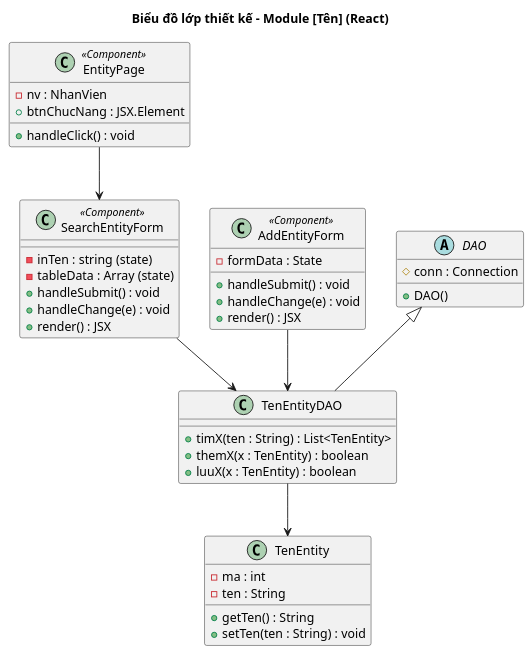
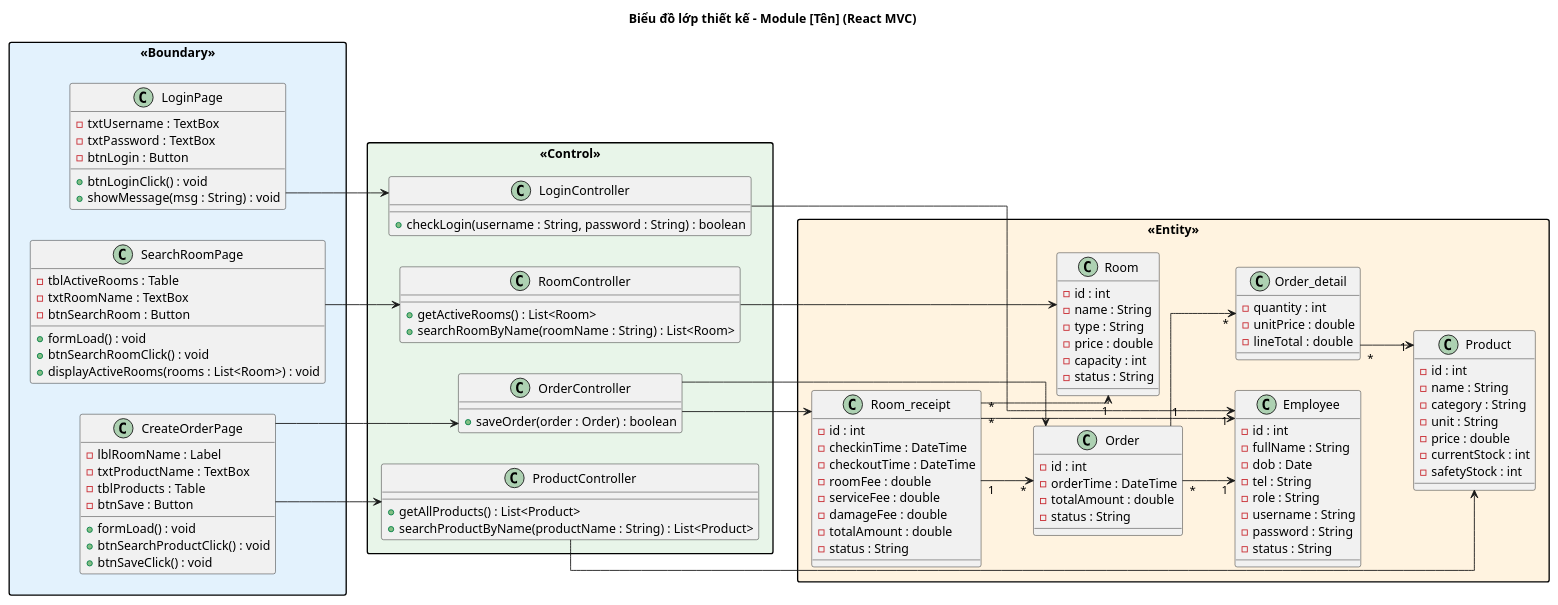
The second of 2 diagrams in .claude/skills/cnpm/references/iii.3.2_sodo_lop_thietke.md (thanhtrnnn/cnpm), drawn with PlantUML before and after one commit. The commit also changed other lines of this file and 15 other files, not shown here.

First line of the commit message:
fix: PlantUML theme v2 — hide C/A icons, tighten spacing, add layout rules

````diff
--- a/.claude/skills/cnpm/references/iii.3.2_sodo_lop_thietke.md
+++ b/.claude/skills/cnpm/references/iii.3.2_sodo_lop_thietke.md
@@ -87,50 +166,127 @@
 ```plantuml
 @startuml
-title Biểu đồ lớp thiết kế – Module [Tên] (React)
+left to right direction
+skinparam linetype ortho
+skinparam packageStyle rectangle
+skinparam packageMaxWidth 800
+title Biểu đồ lớp thiết kế – Module [Tên] (React MVC)
 
-class EntityPage <<Component>> {
-  -nv : NhanVien
-  +btnChucNang : JSX.Element
-  +handleClick() : void
+package "<<Boundary>>" #E3F2FD {
+  together {
+    class LoginPage {
+      -txtUsername : TextBox
+      -txtPassword : TextBox
+      -btnLogin : Button
+      +btnLoginClick() : void
+      +showMessage(msg : String) : void
+    }
+    class SearchRoomPage {
+      -tblActiveRooms : Table
+      -txtRoomName : TextBox
+      -btnSearchRoom : Button
+      +formLoad() : void
+      +btnSearchRoomClick() : void
+      +displayActiveRooms(rooms : List<Room>) : void
+    }
+    class CreateOrderPage {
+      -lblRoomName : Label
+      -txtProductName : TextBox
+      -tblProducts : Table
+      -btnSave : Button
+      +formLoad() : void
+      +btnSearchProductClick() : void
+      +btnSaveClick() : void
+    }
+  }
 }
 
-class SearchEntityForm <<Component>> {
-  -inTen : string (state)
-  -tableData : Array (state)
-  +handleSubmit() : void
-  +handleChange(e) : void
-  +render() : JSX
+package "<<Control>>" #E8F5E9 {
+  class LoginController {
+    +checkLogin(username : String, password : String) : boolean
+  }
+  class RoomController {
+    +getActiveRooms() : List<Room>
+    +searchRoomByName(roomName : String) : List<Room>
+  }
+  class ProductController {
+    +getAllProducts() : List<Product>
+    +searchProductByName(productName : String) : List<Product>
+  }
+  class OrderController {
+    +saveOrder(order : Order) : boolean
+  }
 }
 
-class AddEntityForm <<Component>> {
-  -formData : State
-  +handleSubmit() : void
-  +handleChange(e) : void
-  +render() : JSX
+package "<<Entity>>" #FFF3E0 {
+  class Employee {
+    -id : int
+    -fullName : String
+    -dob : Date
+    -tel : String
+    -role : String
+    -username : String
+    -password : String
+    -status : String
+  }
+  class Room {
+    -id : int
+    -name : String
+    -type : String
+    -price : double
+    -capacity : int
+    -status : String
+  }
+  class Order {
+    -id : int
+    -orderTime : DateTime
+    -totalAmount : double
+    -status : String
+  }
+  class Product {
+    -id : int
+    -name : String
+    -category : String
+    -unit : String
+    -price : double
+    -currentStock : int
+    -safetyStock : int
+  }
+  class Room_receipt {
+    -id : int
+    -checkinTime : DateTime
+    -checkoutTime : DateTime
+    -roomFee : double
+    -serviceFee : double
+    -damageFee : double
+    -totalAmount : double
+    -status : String
+  }
+  class Order_detail {
+    -quantity : int
+    -unitPrice : double
+    -lineTotal : double
+  }
 }
 
-abstract class DAO {
-  #conn : Connection
-  +DAO()
-}
+' Boundary -> Control
+LoginPage --> LoginController
+SearchRoomPage --> RoomController
+CreateOrderPage --> ProductController
+CreateOrderPage --> OrderController
 
-class TenEntityDAO {
-  +timX(ten : String) : List<TenEntity>
-  +themX(x : TenEntity) : boolean
-  +luuX(x : TenEntity) : boolean
-}
+' Control -> Entity
+LoginController --> Employee
+RoomController --> Room
+ProductController --> Product
+OrderController --> Order
+OrderController --> Room_receipt
 
-class TenEntity {
-  -ma : int
-  -ten : String
-  +getTen() : String
-  +setTen(ten : String) : void
-}
-
-DAO <|-- TenEntityDAO
-TenEntityDAO --> TenEntity
-EntityPage --> SearchEntityForm
-SearchEntityForm --> TenEntityDAO
-AddEntityForm --> TenEntityDAO
+' Entity relationships
+Room_receipt "1" --> "*" Order
+Order "1" --> "*" Order_detail
+Order_detail "*" --> "1" Product
+Room_receipt "*" --> "1" Room
+Room_receipt "*" --> "1" Employee
+Order "*" --> "1" Employee
 @enduml
 ```
````
